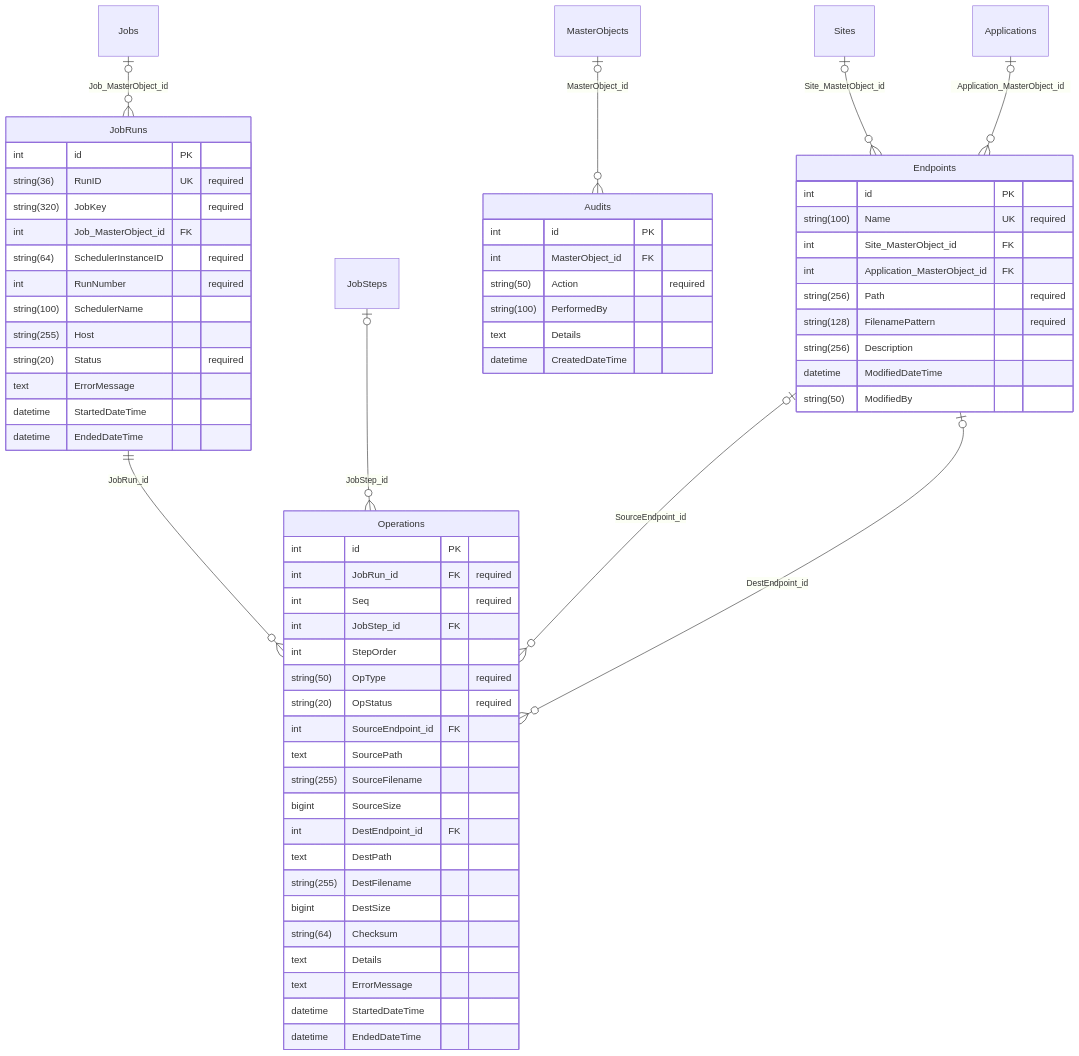
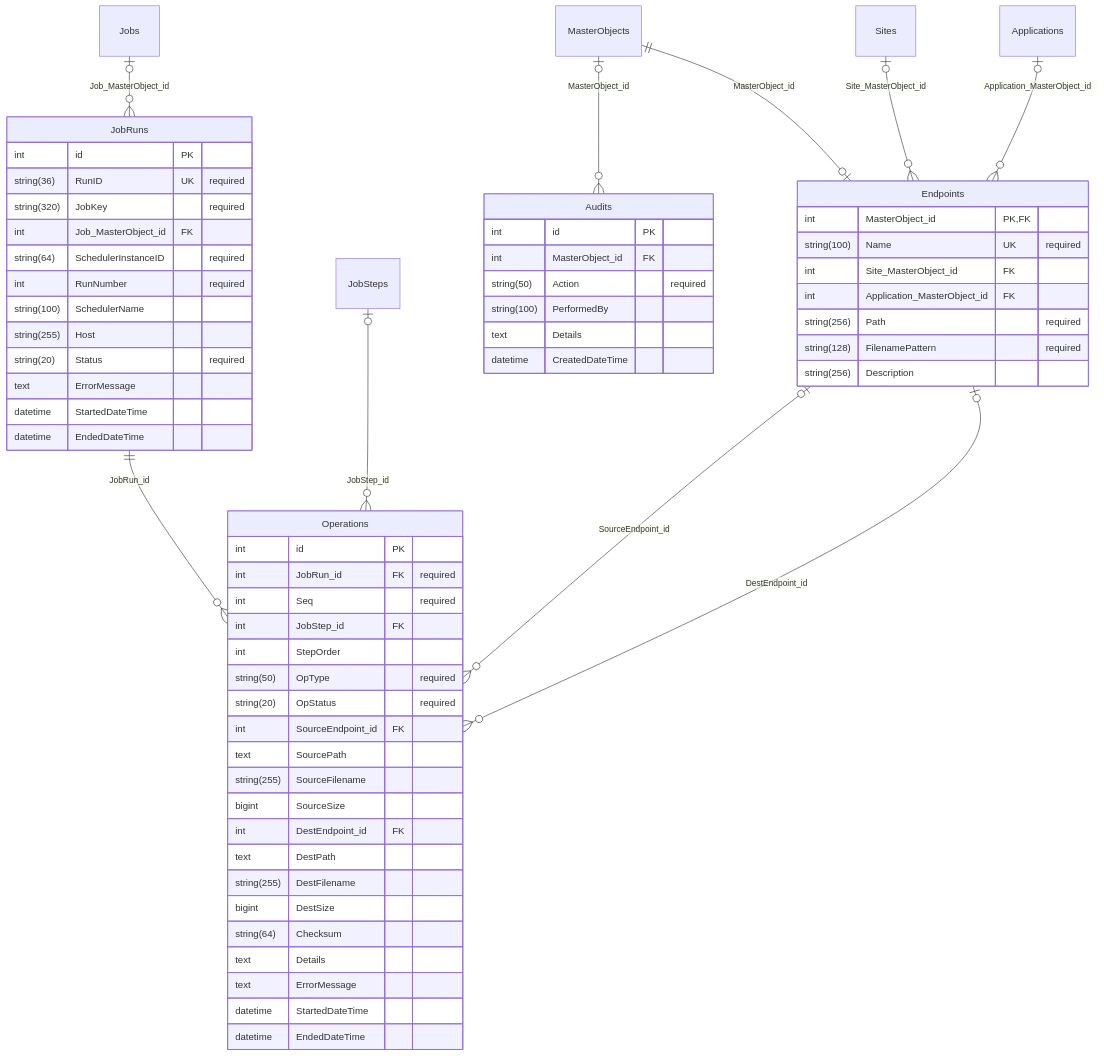
The fourth of 4 diagrams in docs/DB_SCHEMA.md (JayCBoal/AutomationApp), drawn with Mermaid before and after one commit. The commit also changed other lines of this file and 11 other files, not shown here.

First line of the commit message:
Make endpoints master objects

````diff
--- a/docs/DB_SCHEMA.md
+++ b/docs/DB_SCHEMA.md
@@ -168,66 +169,65 @@
 ```mermaid
 erDiagram
     Endpoints {
-        int id PK
+        int MasterObject_id PK, FK
         string(100) Name UK "required"
         int Site_MasterObject_id FK
         int Application_MasterObject_id FK
         string(256) Path "required"
         string(128) FilenamePattern "required"
         string(256) Description
-        datetime ModifiedDateTime
-        string(50) ModifiedBy
     }
     JobRuns {
         int id PK
         string(36) RunID UK "required"
         string(320) JobKey "required"
         int Job_MasterObject_id FK
         string(64) SchedulerInstanceID "required"
         int RunNumber "required"
         string(100) SchedulerName
         string(255) Host
         string(20) Status "required"
         text ErrorMessage
         datetime StartedDateTime
         datetime EndedDateTime
     }
     Operations {
         int id PK
         int JobRun_id FK "required"
         int Seq "required"
         int JobStep_id FK
         int StepOrder
         string(50) OpType "required"
         string(20) OpStatus "required"
         int SourceEndpoint_id FK
         text SourcePath
         string(255) SourceFilename
         bigint SourceSize
         int DestEndpoint_id FK
         text DestPath
         string(255) DestFilename
         bigint DestSize
         string(64) Checksum
         text Details
         text ErrorMessage
         datetime StartedDateTime
         datetime EndedDateTime
     }
     Audits {
         int id PK
         int MasterObject_id FK
         string(50) Action "required"
         string(100) PerformedBy
         text Details
         datetime CreatedDateTime
     }
     MasterObjects |o--o{ Audits : "MasterObject_id"
     Jobs |o--o{ JobRuns : "Job_MasterObject_id"
+    MasterObjects ||--o| Endpoints : "MasterObject_id"
     Sites |o--o{ Endpoints : "Site_MasterObject_id"
     Applications |o--o{ Endpoints : "Application_MasterObject_id"
     JobRuns ||--o{ Operations : "JobRun_id"
     JobSteps |o--o{ Operations : "JobStep_id"
     Endpoints |o--o{ Operations : "SourceEndpoint_id"
     Endpoints |o--o{ Operations : "DestEndpoint_id"
 ```
````
